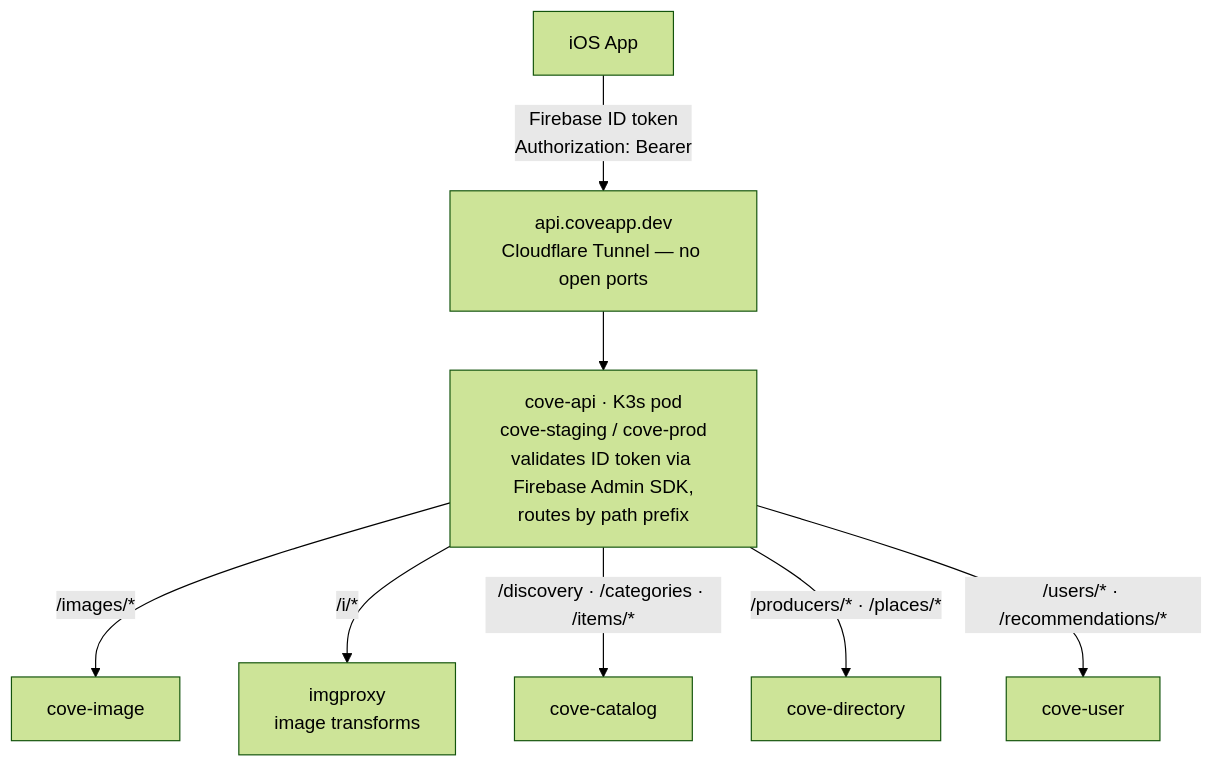
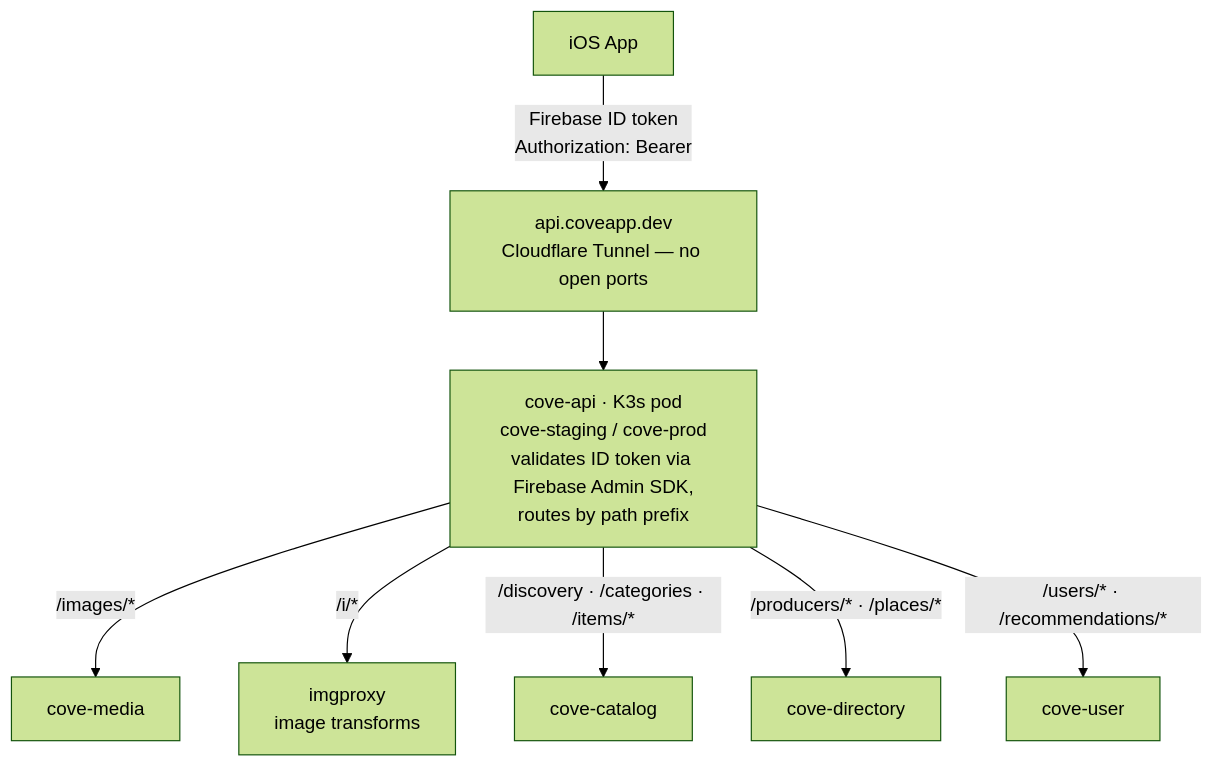
The diagram in docs/BACKEND_INFRASTRUCTURE.md (danicajiao/cove), drawn with Mermaid (forest theme) before and after one commit. The commit also changed other lines of this file and 20 other files, not shown here.

First line of the commit message:
Rename cove-image to cove-media

````diff
--- a/docs/BACKEND_INFRASTRUCTURE.md
+++ b/docs/BACKEND_INFRASTRUCTURE.md
@@ -23,11 +23,11 @@
 ```mermaid
 flowchart TD
     iOS["iOS App"]
     iOS -->|"Firebase ID token<br/>Authorization: Bearer"| CF["api.coveapp.dev<br/>Cloudflare Tunnel — no open ports"]
     CF --> API["cove-api · K3s pod<br/>cove-staging / cove-prod<br/>validates ID token via Firebase Admin SDK,<br/>routes by path prefix"]
-    API -->|"/images/*"| IMG["cove-image"]
+    API -->|"/images/*"| IMG["cove-media"]
     API -->|"/i/*"| IMGPROXY["imgproxy<br/>image transforms"]
     API -->|"/discovery · /categories · /items/*"| CATALOG["cove-catalog"]
     API -->|"/producers/* · /places/*"| DIRECTORY["cove-directory"]
     API -->|"/users/* · /recommendations/*"| USER["cove-user"]
 ```
````
